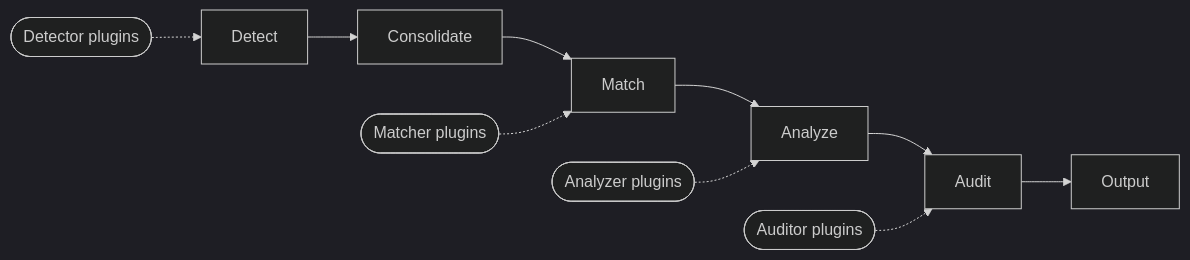
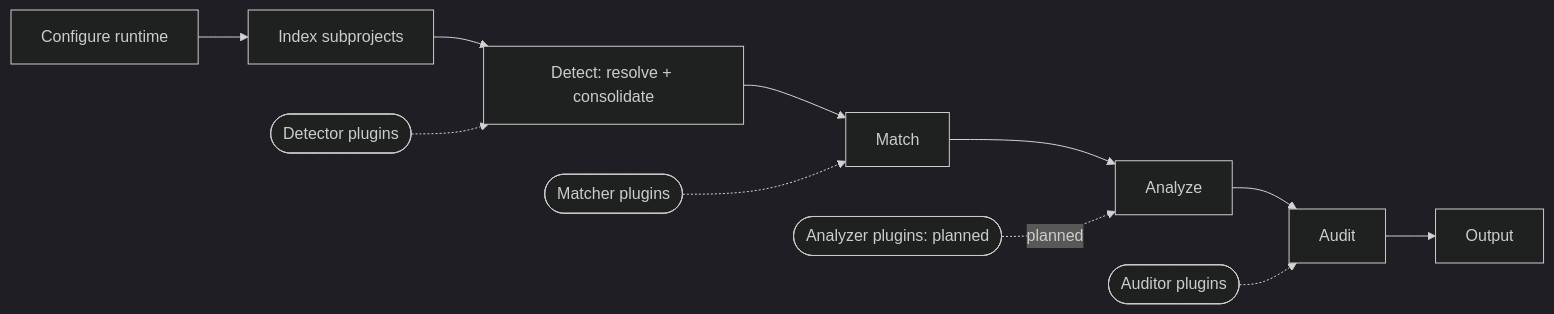
One commit to bomly-dev/bomly-cli changed the second of 2 diagrams in README.md. Above: the diagram before and after it, drawn with Mermaid (dark theme). The commit also changed other lines of this file and 8 other files, not shown here.

````diff
--- a/README.md
+++ b/README.md
@@ -227,9 +229,9 @@
 ```mermaid
 flowchart LR
-    D[Detect] --> C[Consolidate] --> M[Match] --> An[Analyze] --> Au[Audit] --> O[Output]
+    R[Configure runtime] --> X[Index subprojects] --> D[Detect: resolve + consolidate] --> M[Match] --> An[Analyze] --> Au[Audit] --> O[Output]
 
     PD([Detector plugins]) -.-> D
     PM([Matcher plugins]) -.-> M
-    PAn([Analyzer plugins]) -.-> An
     PAu([Auditor plugins]) -.-> Au
+    PAn([Analyzer plugins: planned]) -. planned .-> An
 ```
````
